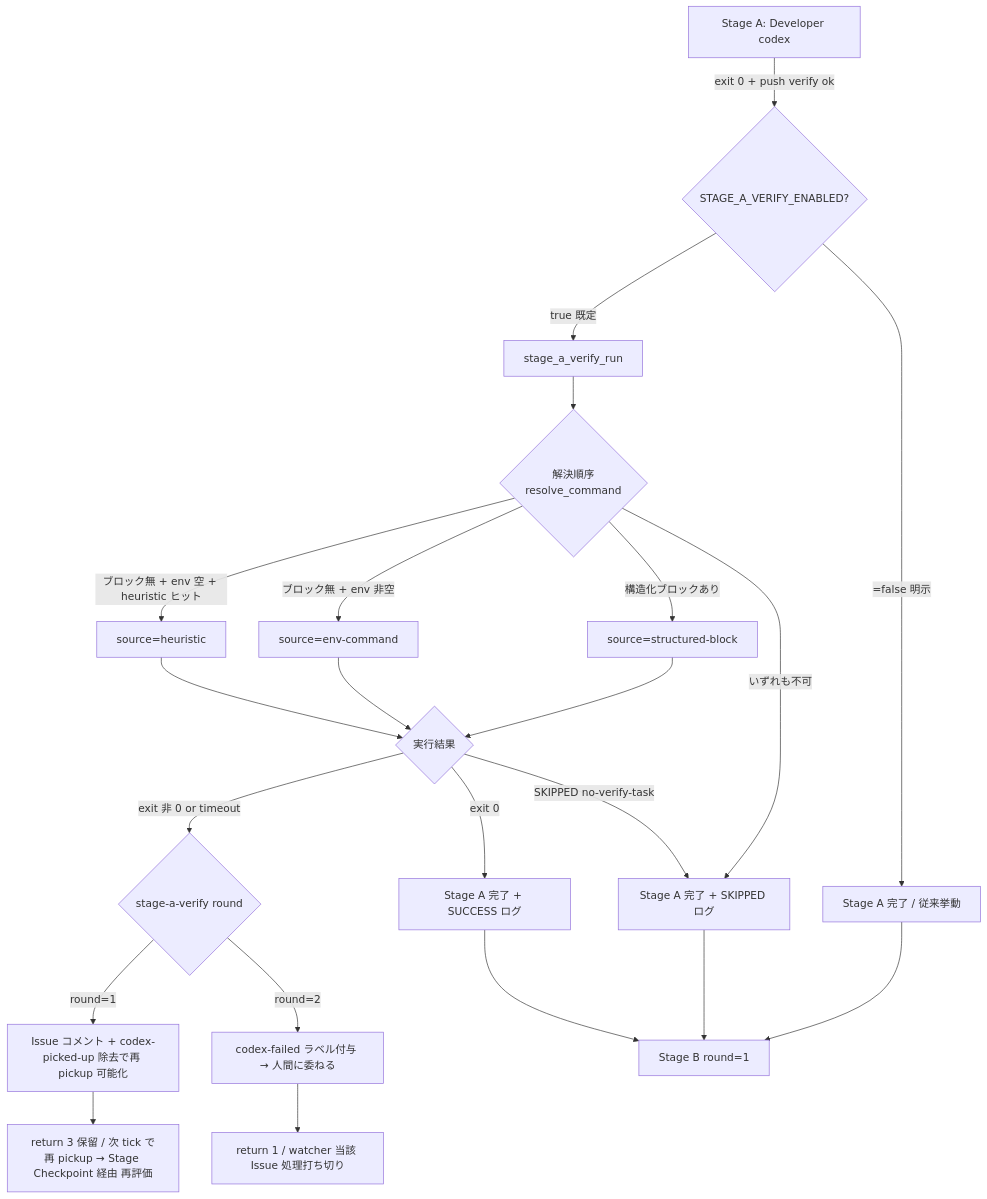
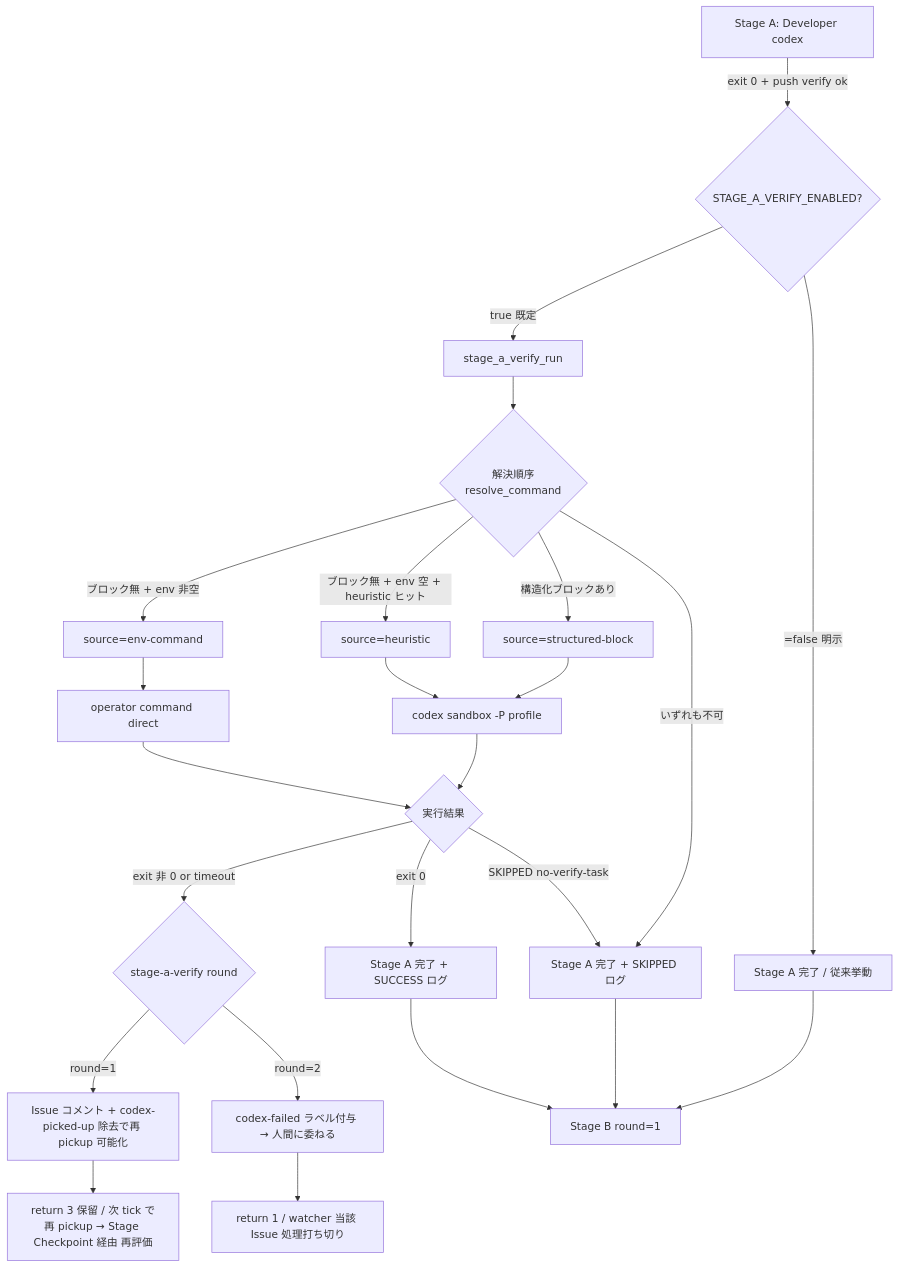
The second of 3 diagrams in README.md (hitoshiichikawa/idd-codex), drawn with Mermaid before and after one commit. The commit also changed other lines of this file and 5 other files, not shown here.

````diff
--- a/README.md
+++ b/README.md
@@ -3955,24 +3957,26 @@
 ```mermaid
 flowchart TD
     A[Stage A: Developer codex] -->|exit 0 + push verify ok| V{STAGE_A_VERIFY_ENABLED?}
     V -->|=false 明示| OK1[Stage A 完了 / 従来挙動]
     V -->|true 既定| X[stage_a_verify_run]
     X --> RS{解決順序<br/>resolve_command}
     RS -->|構造化ブロックあり| SRC1[source=structured-block]
     RS -->|ブロック無 + env 非空| SRC2[source=env-command]
     RS -->|ブロック無 + env 空 + heuristic ヒット| SRC3[source=heuristic]
     RS -->|いずれも不可| OK2
-    SRC1 --> X1{実行結果}
-    SRC2 --> X1
-    SRC3 --> X1
+    SRC1 --> SX[codex sandbox -P profile]
+    SRC3 --> SX
+    SRC2 --> DX[operator command direct]
+    SX --> X1{実行結果}
+    DX --> X1
     X1 -->|SKIPPED no-verify-task| OK2[Stage A 完了 + SKIPPED ログ]
     X1 -->|exit 0| OK3[Stage A 完了 + SUCCESS ログ]
     X1 -->|exit 非 0 or timeout| F{stage-a-verify round}
     F -->|round=1| NI[Issue コメント + codex-picked-up 除去で再 pickup 可能化]
     F -->|round=2| FAIL[codex-failed ラベル付与 → 人間に委ねる]
     NI --> RET[return 3 保留 / 次 tick で再 pickup → Stage Checkpoint 経由 再評価]
     FAIL --> RET2[return 1 / watcher 当該 Issue 処理打ち切り]
     OK1 --> SB[Stage B round=1]
     OK2 --> SB
     OK3 --> SB
 ```
````
